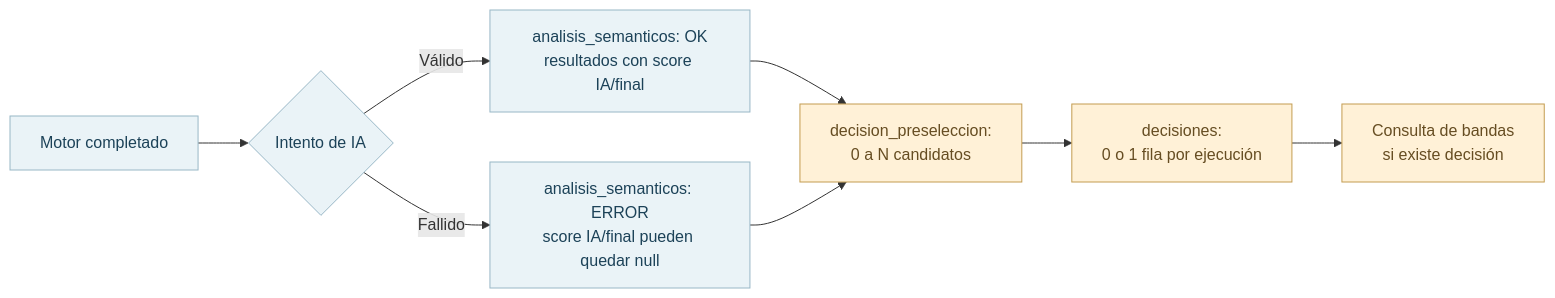
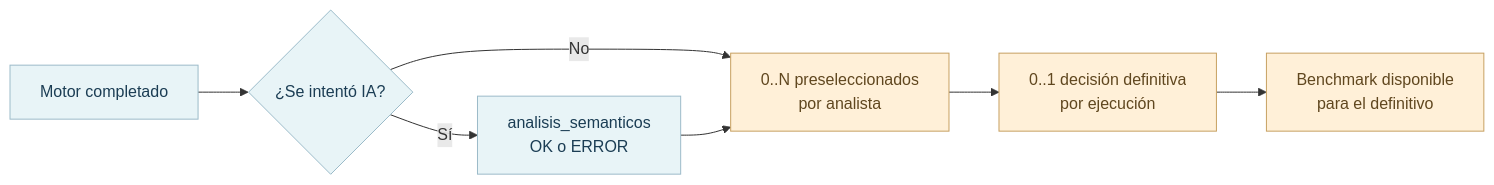
Before and after one commit to NicoCG32/Espejo-Homologa: the fourth of 4 diagrams in docs/tecnica/05-flujos-y-estados.md, drawn with Mermaid. The commit also changed other lines of this file and 21 other files, not shown here.

````diff
--- a/docs/tecnica/05-flujos-y-estados.md
+++ b/docs/tecnica/05-flujos-y-estados.md
@@ -97,14 +97,13 @@
 ```mermaid
 flowchart LR
-  E[Motor completado] --> I{Intento de IA}
-  I -->|Válido| OK[analisis_semanticos: OK<br/>resultados con score IA/final]
-  I -->|Fallido| ERROR[analisis_semanticos: ERROR<br/>score IA/final pueden quedar null]
-  OK --> PRE[decision_preseleccion:<br/>0 a N candidatos]
-  ERROR --> PRE
-  PRE --> DEC[decisiones:<br/>0 o 1 fila por ejecución]
-  DEC --> BEN[Consulta de bandas<br/>si existe decisión]
-  classDef normal fill:#EAF3F7,color:#1C4258,stroke:#98B7C6;
-  classDef human fill:#FFF1D7,color:#664D22,stroke:#C39C50;
-  class E,I,OK,ERROR normal;
-  class PRE,DEC,BEN human;
+  M["Motor completado"] --> I{"¿Se intentó IA?"}
+  I -->|No| PRE["0..N preseleccionados<br/>por analista"]
+  I -->|Sí| A["analisis_semanticos<br/>OK o ERROR"]
+  A --> PRE
+  PRE --> D["0..1 decisión definitiva<br/>por ejecución"]
+  D --> B["Benchmark disponible<br/>para el definitivo"]
+  classDef cool fill:#E8F4F7,stroke:#9BBBC9,color:#1B3D54;
+  classDef warm fill:#FFF0D8,stroke:#C7A061,color:#60471F;
+  class M,I,A cool;
+  class PRE,D,B warm;
 ```
````
